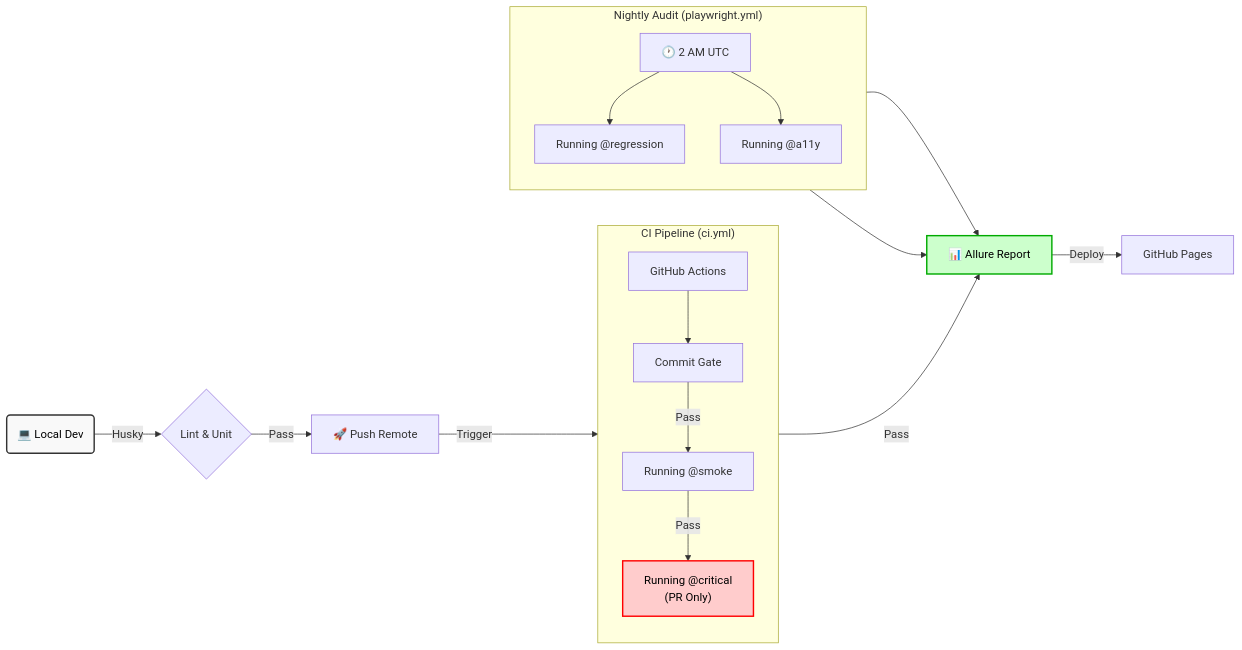
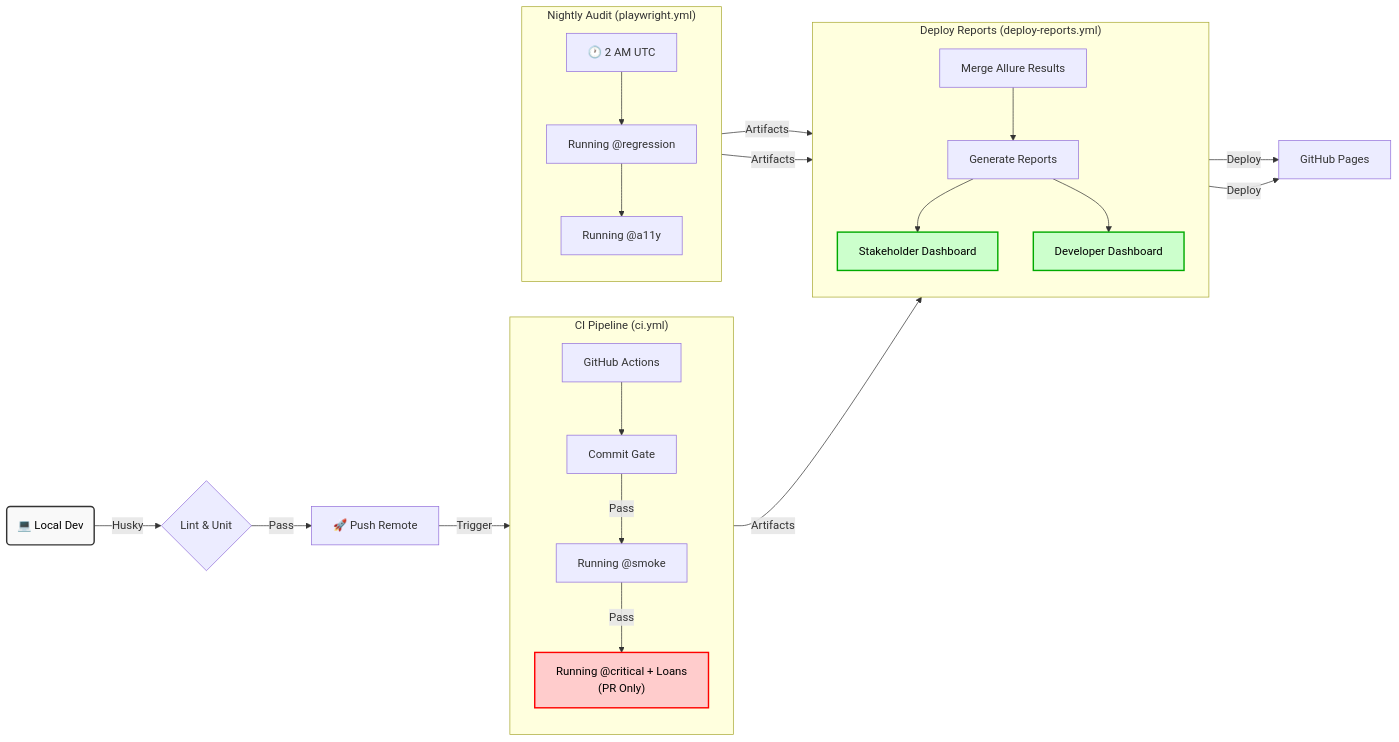
The second of 2 diagrams in docs/TECHNICAL-DESIGN.MD (theRainMaker1001/QA-Automation-Suites), drawn with Mermaid before and after one commit. The commit also changed other lines of this file and 7 other files, not shown here.

First line of the commit message:
fix(reporting): reconnected stakeholder dashboard and added failure categorisation:

````diff
--- a/docs/TECHNICAL-DESIGN.MD
+++ b/docs/TECHNICAL-DESIGN.MD
@@ -136,28 +136,37 @@
 ```mermaid
 graph LR
     Local(💻 Local Dev) -->|Husky| Gate1{Lint & Unit}
     Gate1 -->|Pass| Push[🚀 Push Remote]
     Push -->|Trigger| CI[GitHub Actions]
 
     subgraph "CI Pipeline (ci.yml)"
     direction TB
     CI --> CommitGate[Commit Gate]
     CommitGate -->|Pass| Smoke[Running @smoke]
-    Smoke -->|Pass| Critical["Running @critical <br/>(PR Only)"]
+    Smoke -->|Pass| Critical["Running @critical + Loans<br/>(PR Only)"]
     end
 
     subgraph "Nightly Audit (playwright.yml)"
     direction TB
     Nightly[🕐 2 AM UTC] --> Regression[Running @regression]
-    Nightly --> A11y[Running @a11y]
+    Regression --> A11y[Running @a11y]
     end
 
-    Critical -->|Pass| Report[📊 Allure Report]
-    Regression --> Report
-    A11y --> Report
-    Report -->|Deploy| Pages[GitHub Pages]
+    subgraph "Deploy Reports (deploy-reports.yml)"
+    direction TB
+    Merge[Merge Allure Results] --> Generate[Generate Reports]
+    Generate --> Stakeholder[Stakeholder Dashboard]
+    Generate --> Allure[Developer Dashboard]
+    end
+
+    Critical -->|Artifacts| Merge
+    Regression -->|Artifacts| Merge
+    A11y -->|Artifacts| Merge
+    Stakeholder -->|Deploy| Pages[GitHub Pages]
+    Allure -->|Deploy| Pages
 
     style Local fill:#f9f9f9,stroke:#333,stroke-width:2px,color:black
     style Critical fill:#ffcccc,stroke:#ff0000,stroke-width:2px,color:black
-    style Report fill:#ccffcc,stroke:#00aa00,stroke-width:2px,color:black
+    style Stakeholder fill:#ccffcc,stroke:#00aa00,stroke-width:2px,color:black
+    style Allure fill:#ccffcc,stroke:#00aa00,stroke-width:2px,color:black
 ```
````
